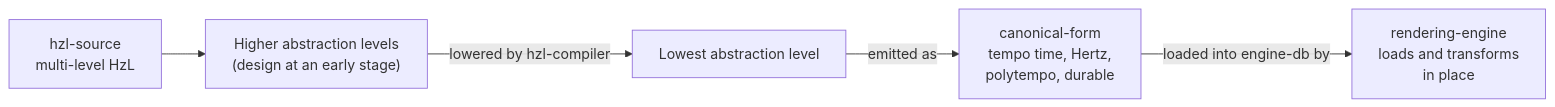
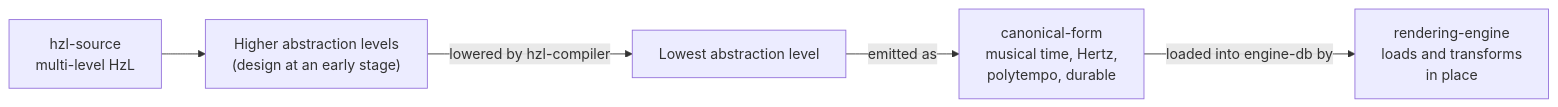
The diagram in architecture/03-compilation-pipeline.mmd (broadya/RAINBOHz), drawn with Mermaid before and after one commit. The commit also changed 48 other files, not shown here.

```diff
--- a/architecture/03-compilation-pipeline.mmd
+++ b/architecture/03-compilation-pipeline.mmd
@@ -1,18 +1,18 @@
 %% RAINBOHz reference implementation - compilation pipeline
 %% Referenced from: overview.md, section "Compilation pipeline"
 %% ---
 %% The canonical-to-rendering transformation is deliberately absent here. It
 %% happens inside rendering-engine, against an already-loaded database, so the
 %% score is never serialised in order to move it.
 
 flowchart LR
     hzl-source["hzl-source<br/>multi-level HzL"]
     high["Higher abstraction levels<br/>(design at an early stage)"]
     low["Lowest abstraction level"]
-    canonical-form["canonical-form<br/>tempo time, Hertz,<br/>polytempo, durable"]
+    canonical-form["canonical-form<br/>musical time, Hertz,<br/>polytempo, durable"]
     rendering-engine["rendering-engine<br/>loads and transforms<br/>in place"]
 
     hzl-source --> high
     high -- "lowered by hzl-compiler" --> low
     low -- "emitted as" --> canonical-form
     canonical-form -- "loaded into engine-db by" --> rendering-engine
```
